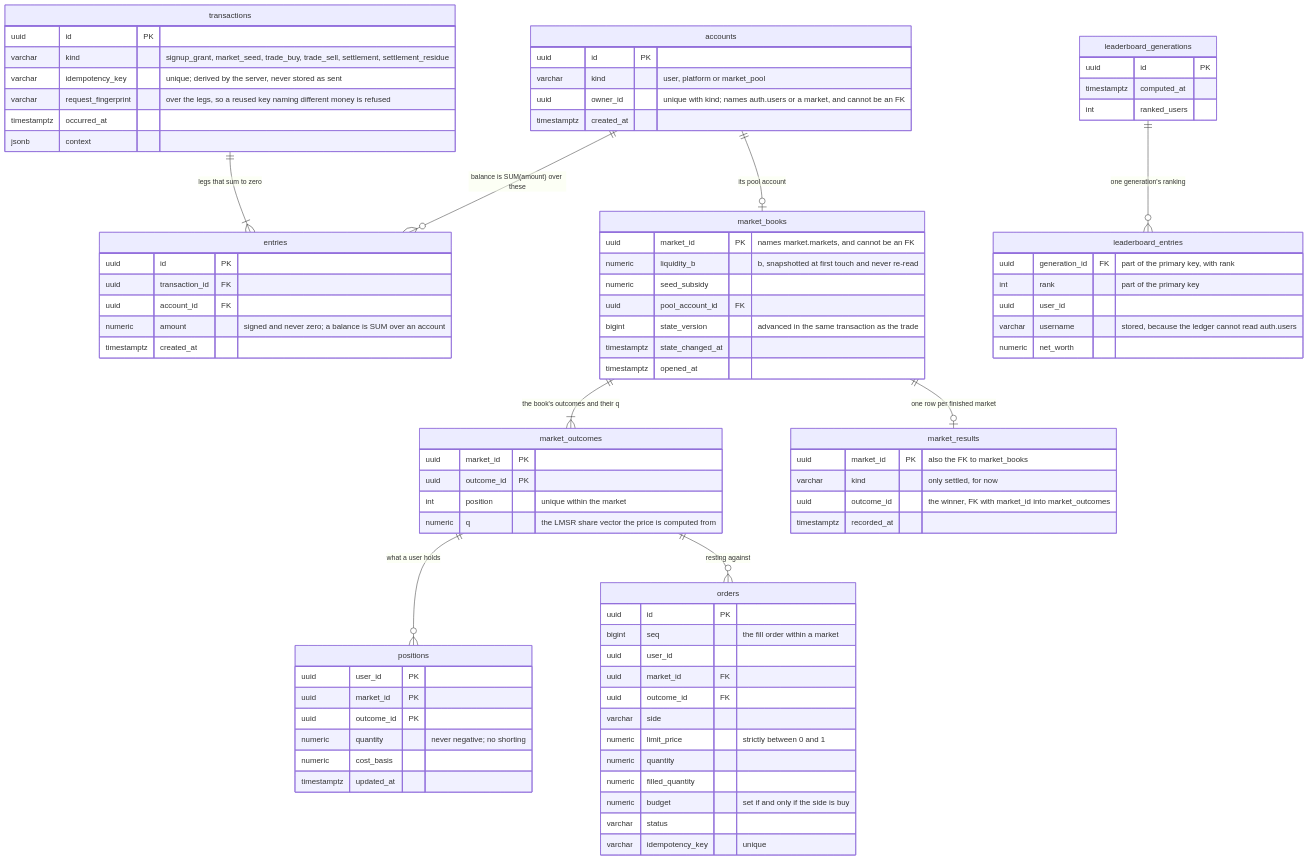
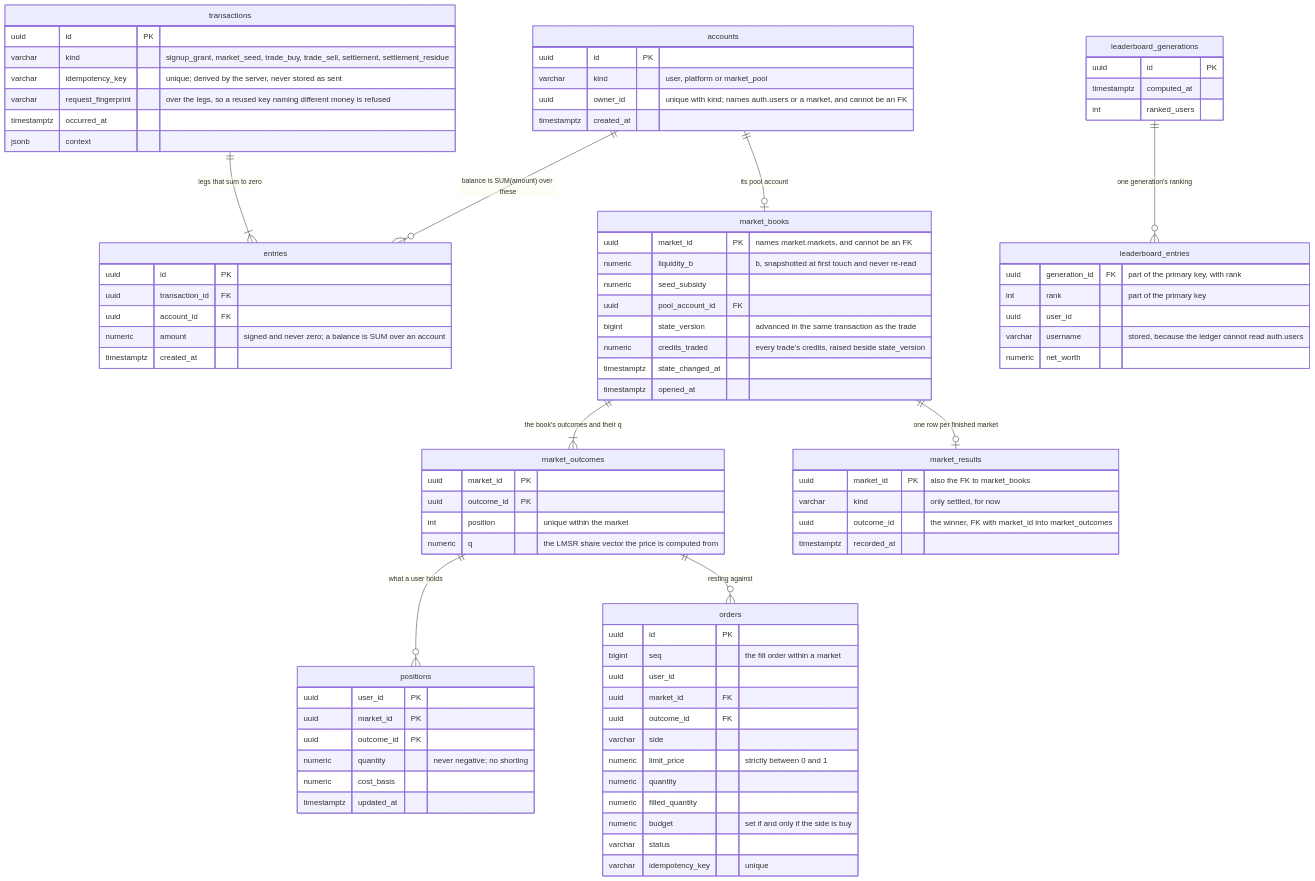
Before and after one commit to decker757/CS464: the fourth of 4 diagrams in docs/architecture.md, drawn with Mermaid. The commit also changed 1 other file, not shown here.

Commit message:
docs(ledger): credits_traded on the batch snapshot, and on market_books in the ERD
Refs #447

```diff
--- a/docs/architecture.md
+++ b/docs/architecture.md
@@ -265,6 +265,7 @@
         numeric seed_subsidy
         uuid pool_account_id FK
         bigint state_version "advanced in the same transaction as the trade"
+        numeric credits_traded "every trade's credits, raised beside state_version"
         timestamptz state_changed_at
         timestamptz opened_at
     }
```
